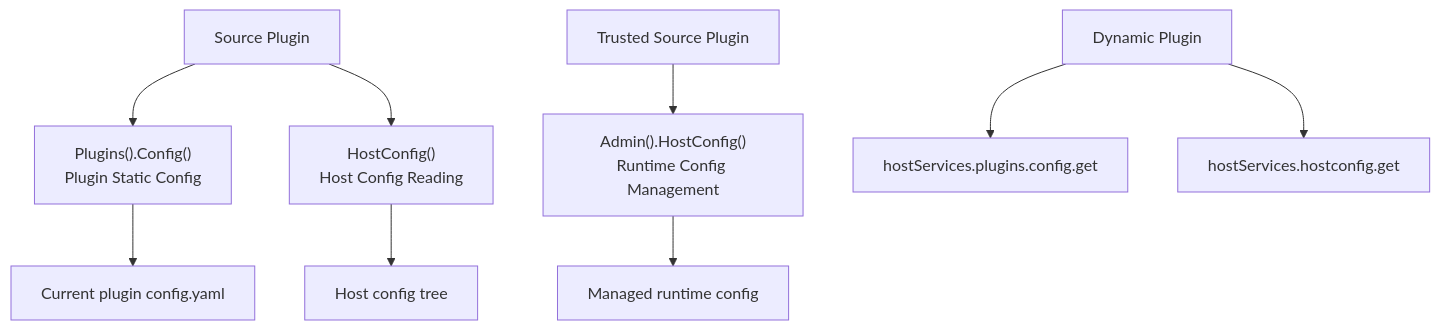
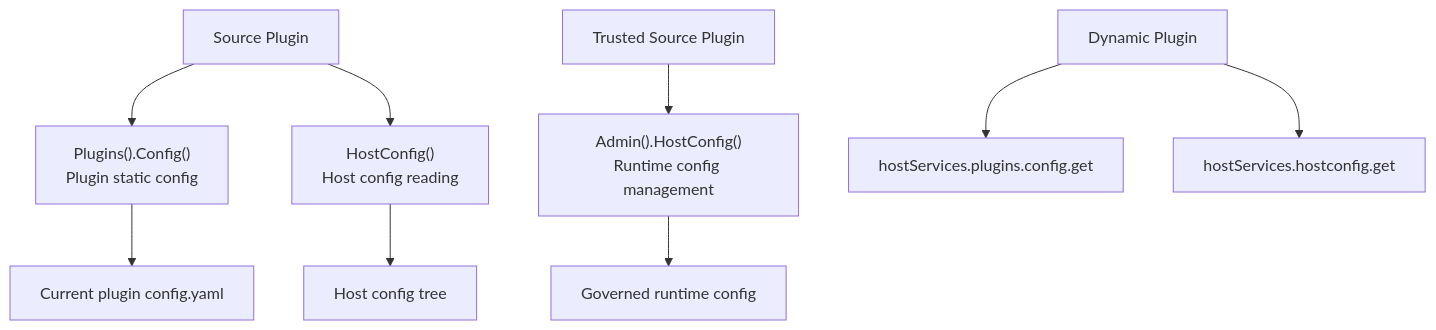
The diagram in apps/lina-site/i18n/en/docusaurus-plugin-content-docs/current/docs/3000-domain-capabilities/7200-hostconfig.md (linaproai/linapro-site), drawn with Mermaid before and after one commit. The commit also changed other lines of this file and 56 other files, not shown here.

Commit message:
Refactor documentation for tenant and user capabilities; enhance clarity and consistency in descriptions, method names, and usage examples. Update overview and architecture sections for improved readability and coherence. Adjust demo instructions and project positioning for better user guidance.

````diff
--- a/apps/lina-site/i18n/en/docusaurus-plugin-content-docs/current/docs/3000-domain-capabilities/7200-hostconfig.md
+++ b/apps/lina-site/i18n/en/docusaurus-plugin-content-docs/current/docs/3000-domain-capabilities/7200-hostconfig.md
@@ -43,11 +46,11 @@
 ```mermaid
 graph TB
-    Plugin["Source Plugin"] --> PluginsConfig["Plugins().Config()<br/>Plugin Static Config"]
-    Plugin --> HostConfig["HostConfig()<br/>Host Config Reading"]
-    Trusted["Trusted Source Plugin"] --> AdminConfig["Admin().HostConfig()<br/>Runtime Config Management"]
+    Plugin["Source Plugin"] --> PluginsConfig["Plugins().Config()<br/>Plugin static config"]
+    Plugin --> HostConfig["HostConfig()<br/>Host config reading"]
+    Trusted["Trusted Source Plugin"] --> AdminConfig["Admin().HostConfig()<br/>Runtime config management"]
     Dynamic["Dynamic Plugin"] --> ConfigGet["hostServices.plugins.config.get"]
     Dynamic --> HostConfigGet["hostServices.hostconfig.get"]
     PluginsConfig --> PluginFile["Current plugin config.yaml"]
     HostConfig --> HostTree["Host config tree"]
-    AdminConfig --> RuntimeConfig["Managed runtime config"]
+    AdminConfig --> RuntimeConfig["Governed runtime config"]
 ```
````
